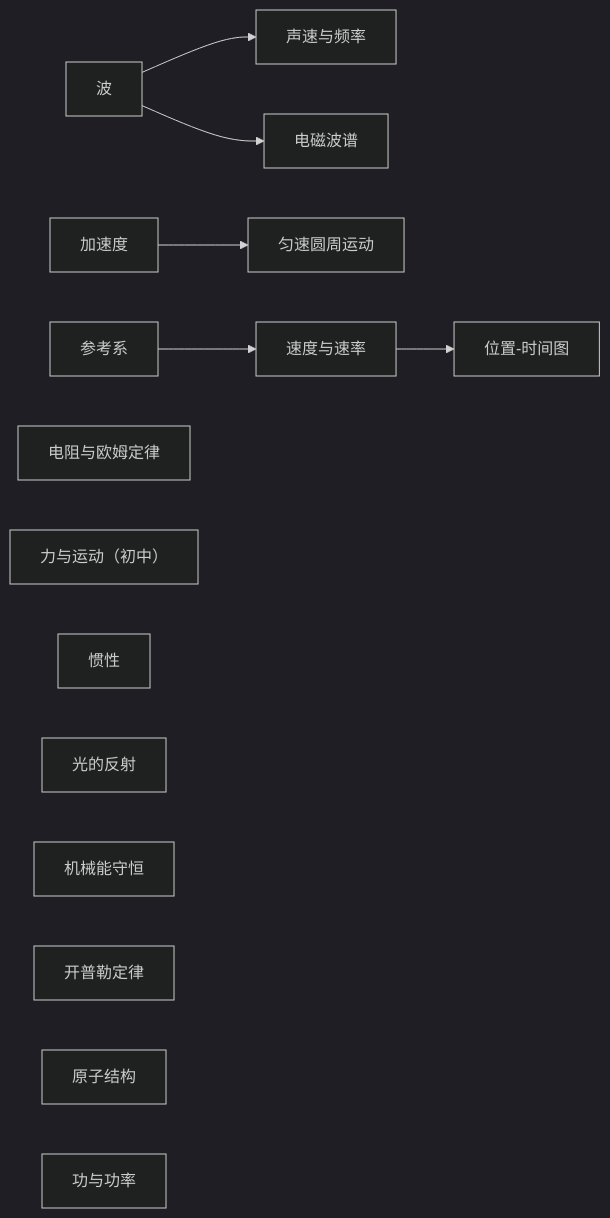
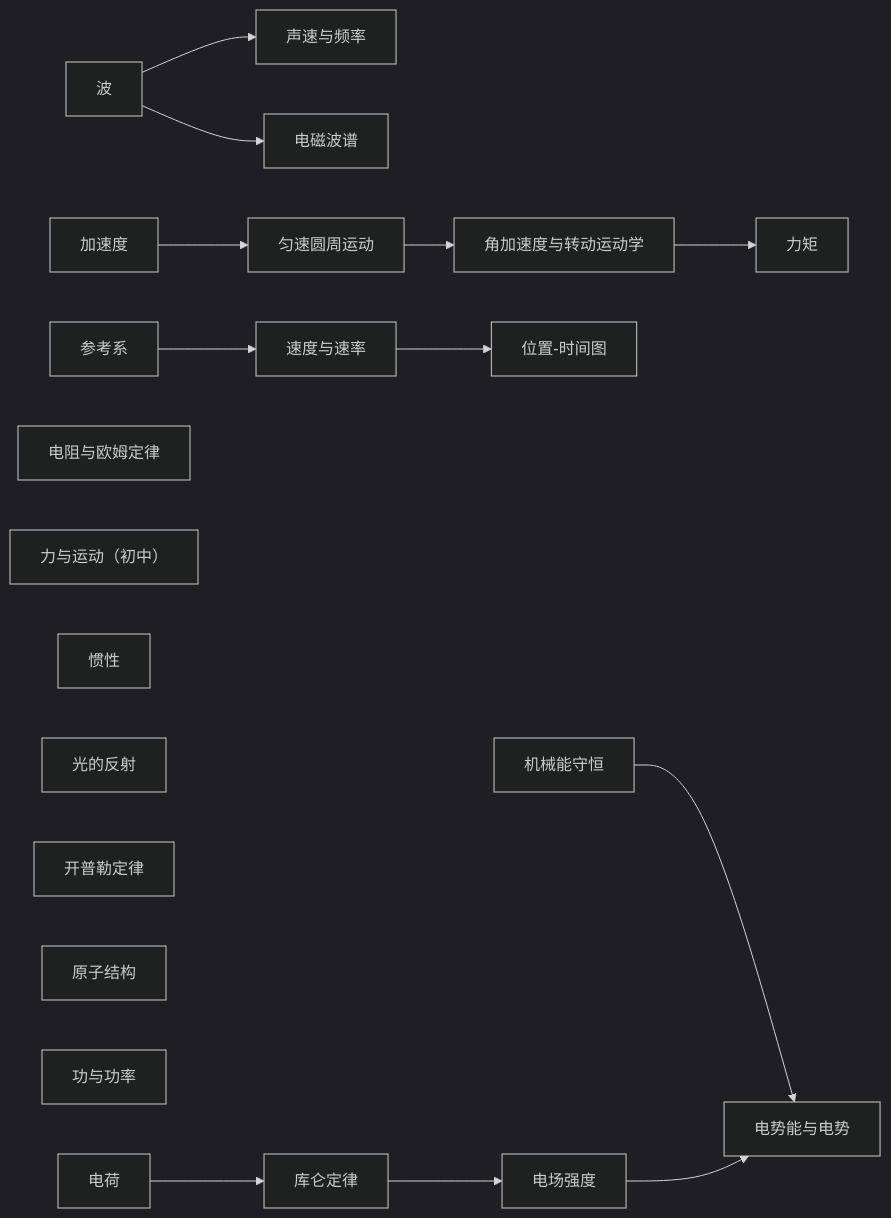
The first of 2 diagrams in knowledge/physics/README.md (hpleapfrog/Scholia), drawn with Mermaid (dark theme) before and after one commit. The commit also changed other lines of this file and 55 other files, not shown here.

````diff
--- a/knowledge/physics/README.md
+++ b/knowledge/physics/README.md
@@ -7,15 +7,18 @@
 ```mermaid
 graph LR
   W["波"] --> A["声速与频率"]
   AC["加速度"] --> UCM["匀速圆周运动"]
+  UCM --> RA["角加速度与转动运动学"] --> TQ["力矩"]
   W --> M["电磁波谱"]
   F["参考系"] --> S["速度与速率"] --> P["位置-时间图"]
   R["电阻与欧姆定律"]
   N["力与运动（初中）"]
   I["惯性"]
   L["光的反射"]
   E["机械能守恒"]
   K["开普勒定律"]
   AT["原子结构"]
   WP["功与功率"]
+  CH["电荷"] --> CL["库仑定律"] --> EF["电场强度"] --> EP["电势能与电势"]
+  E --> EP
 ```
````
